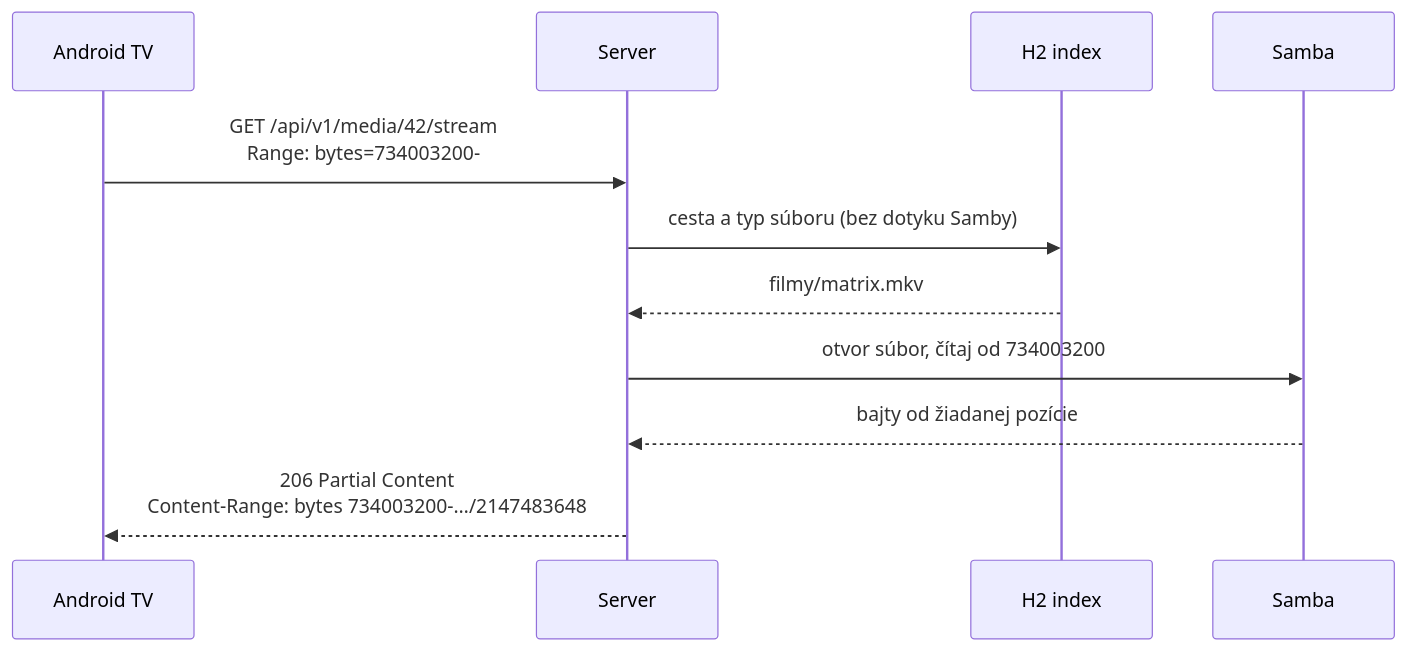
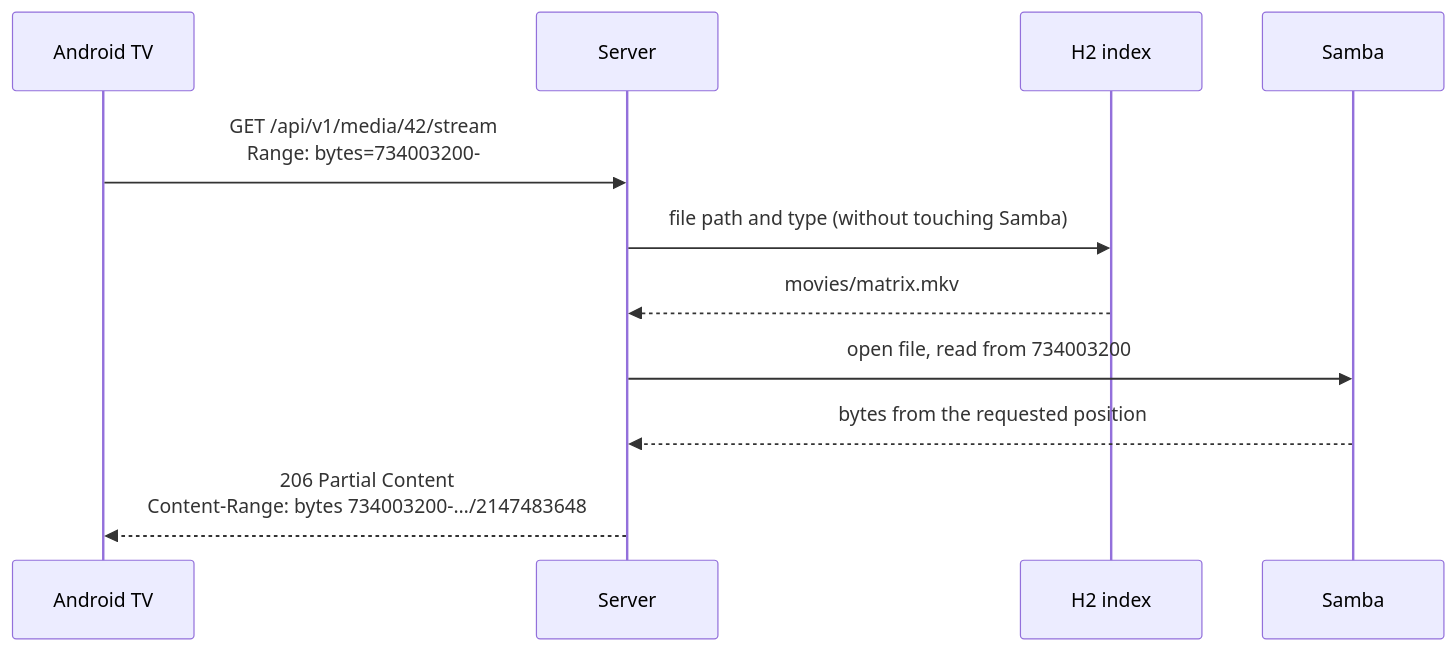
One commit to JurajPacolt/home-media-center changed the third of 3 diagrams in README.md. Above: the diagram before and after it, drawn with Mermaid. The commit also changed other lines of this file and 122 other files, not shown here.

````diff
--- a/README.md
+++ b/README.md
@@ -73,14 +74,14 @@
 ```mermaid
 sequenceDiagram
     participant TV as Android TV
     participant S as Server
     participant DB as H2 index
     participant SMB as Samba
 
     TV->>S: GET /api/v1/media/42/stream<br/>Range: bytes=734003200-
-    S->>DB: cesta a typ súboru (bez dotyku Samby)
-    DB-->>S: filmy/matrix.mkv
-    S->>SMB: otvor súbor, čítaj od 734003200
-    SMB-->>S: bajty od žiadanej pozície
+    S->>DB: file path and type (without touching Samba)
+    DB-->>S: movies/matrix.mkv
+    S->>SMB: open file, read from 734003200
+    SMB-->>S: bytes from the requested position
     S-->>TV: 206 Partial Content<br/>Content-Range: bytes 734003200-…/2147483648
 ```
````
